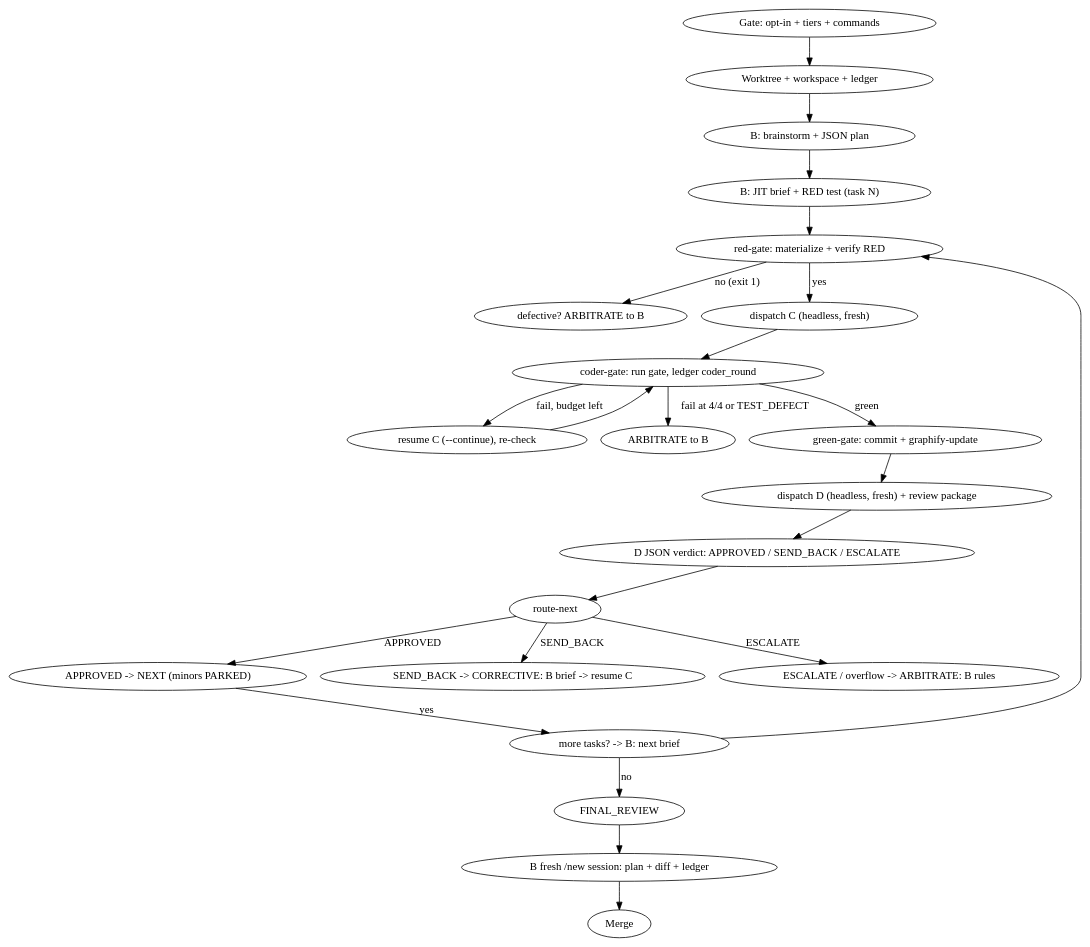
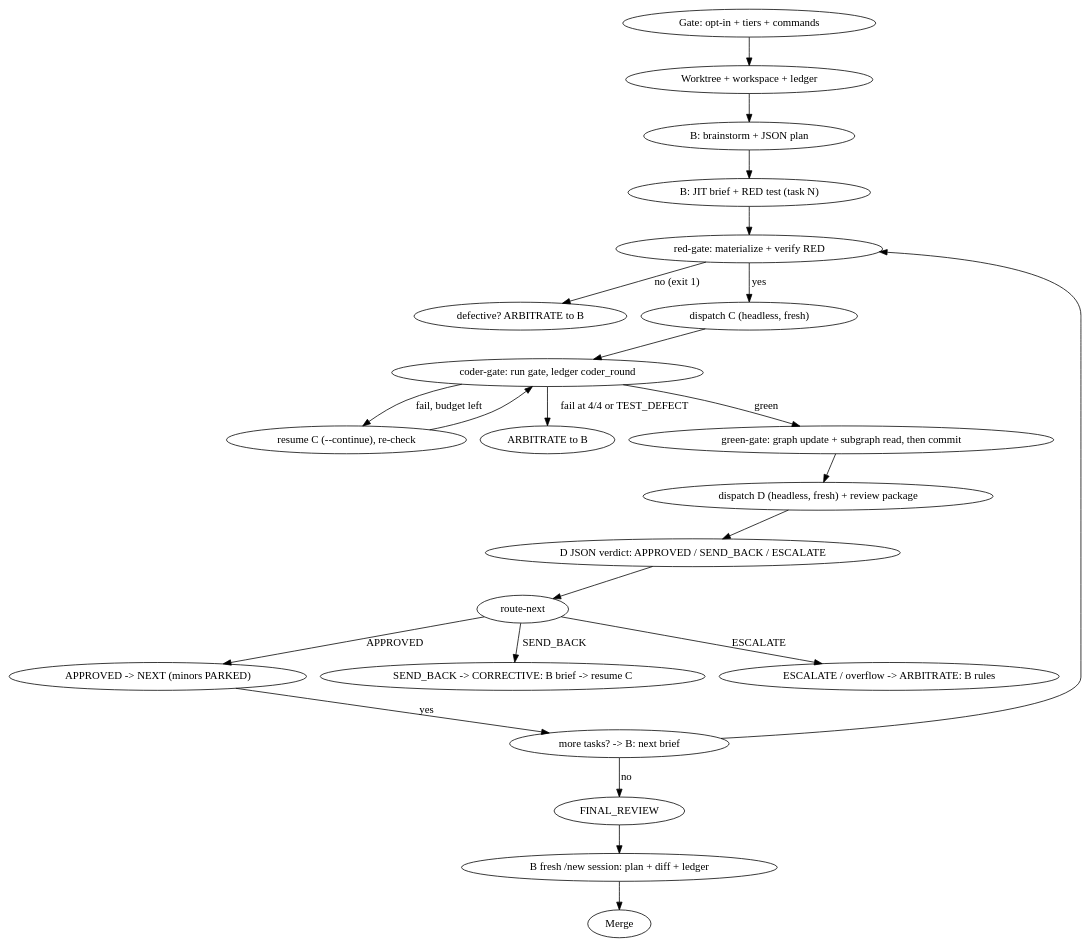
The diagram in skills/two-model-sdd-pipeline/SKILL.md (CarlosMonteiroNeto/superpowers-two-model-pipeline), drawn with Graphviz before and after one commit. The commit also changed other lines of this file and 10 other files, not shown here.

Commit message:
feat: graph update before commit + automated subgraph read; brief-before-RED guidance; B curated-feed doc

````diff
--- a/skills/two-model-sdd-pipeline/SKILL.md
+++ b/skills/two-model-sdd-pipeline/SKILL.md
@@ -261,27 +272,27 @@
 ```dot
 digraph pipeline {
     rankdir=TB;
     "Gate: opt-in + tiers + commands" -> "Worktree + workspace + ledger";
     "Worktree + workspace + ledger" -> "B: brainstorm + JSON plan";
     "B: brainstorm + JSON plan" -> "B: JIT brief + RED test (task N)";
     "B: JIT brief + RED test (task N)" -> "red-gate: materialize + verify RED";
     "red-gate: materialize + verify RED" -> "defective? ARBITRATE to B" [label="no (exit 1)"];
     "red-gate: materialize + verify RED" -> "dispatch C (headless, fresh)" [label="yes"];
     "dispatch C (headless, fresh)" -> "coder-gate: run gate, ledger coder_round";
     "coder-gate: run gate, ledger coder_round" -> "resume C (--continue), re-check" [label="fail, budget left"];
     "resume C (--continue), re-check" -> "coder-gate: run gate, ledger coder_round";
     "coder-gate: run gate, ledger coder_round" -> "ARBITRATE to B" [label="fail at 4/4 or TEST_DEFECT"];
-    "coder-gate: run gate, ledger coder_round" -> "green-gate: commit + graphify-update" [label="green"];
-    "green-gate: commit + graphify-update" -> "dispatch D (headless, fresh) + review package";
+    "coder-gate: run gate, ledger coder_round" -> "green-gate: graph update + subgraph read, then commit" [label="green"];
+    "green-gate: graph update + subgraph read, then commit" -> "dispatch D (headless, fresh) + review package";
     "dispatch D (headless, fresh) + review package" -> "D JSON verdict: APPROVED / SEND_BACK / ESCALATE";
     "D JSON verdict: APPROVED / SEND_BACK / ESCALATE" -> "route-next";
     "route-next" -> "APPROVED -> NEXT (minors PARKED)" [label="APPROVED"];
     "route-next" -> "SEND_BACK -> CORRECTIVE: B brief -> resume C" [label="SEND_BACK"];
     "route-next" -> "ESCALATE / overflow -> ARBITRATE: B rules" [label="ESCALATE"];
     "APPROVED -> NEXT (minors PARKED)" -> "more tasks? -> B: next brief" [label="yes"];
     "more tasks? -> B: next brief" -> "red-gate: materialize + verify RED";
     "more tasks? -> B: next brief" -> "FINAL_REVIEW" [label="no"];
     "FINAL_REVIEW" -> "B fresh /new session: plan + diff + ledger";
     "B fresh /new session: plan + diff + ledger" -> "Merge";
 }
 ```
````
